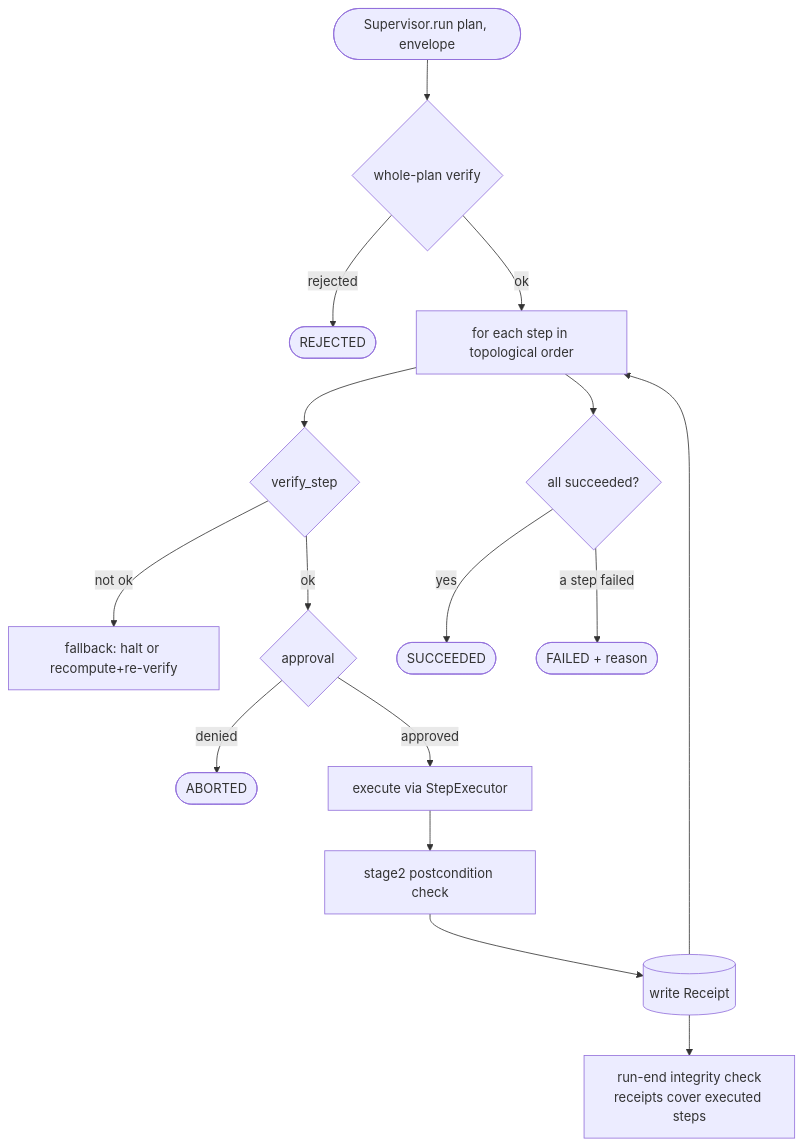
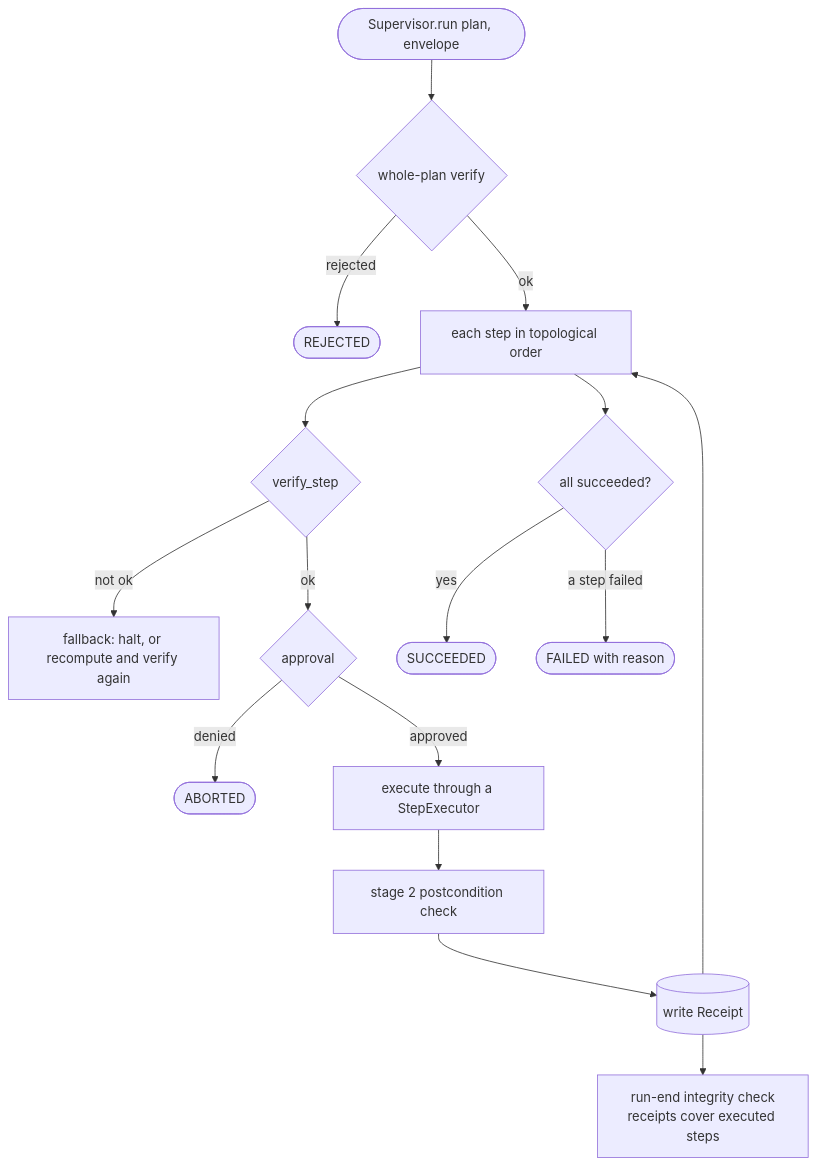
The sixth of 6 diagrams in docs/architecture/OVERVIEW.md (levitatingflyfisher/openDaisugi), drawn with Mermaid before and after one commit. The commit also changed other lines of this file and 1918 other files, not shown here.

````diff
--- a/docs/architecture/OVERVIEW.md
+++ b/docs/architecture/OVERVIEW.md
@@ -211,18 +304,18 @@
 ```mermaid
 flowchart TB
     run([Supervisor.run plan, envelope]) --> wv{whole-plan verify}
     wv -- rejected --> rj([REJECTED])
-    wv -- ok --> loop[for each step in topological order]
+    wv -- ok --> loop[each step in topological order]
     loop --> vs{verify_step}
-    vs -- not ok --> fb[fallback: halt or recompute+re-verify]
+    vs -- not ok --> fb[fallback: halt, or recompute and verify again]
     vs -- ok --> ap{approval}
     ap -- denied --> ab([ABORTED])
-    ap -- approved --> exec[execute via StepExecutor]
-    exec --> s2[stage2 postcondition check]
+    ap -- approved --> exec[execute through a StepExecutor]
+    exec --> s2[stage 2 postcondition check]
     s2 --> rec[(write Receipt)]
     rec --> loop
     loop --> done{all succeeded?}
     done -- yes --> ok([SUCCEEDED])
-    done -- a step failed --> fail([FAILED + reason])
+    done -- a step failed --> fail([FAILED with reason])
     rec --> integ[run-end integrity check<br/>receipts cover executed steps]
 ```
````
